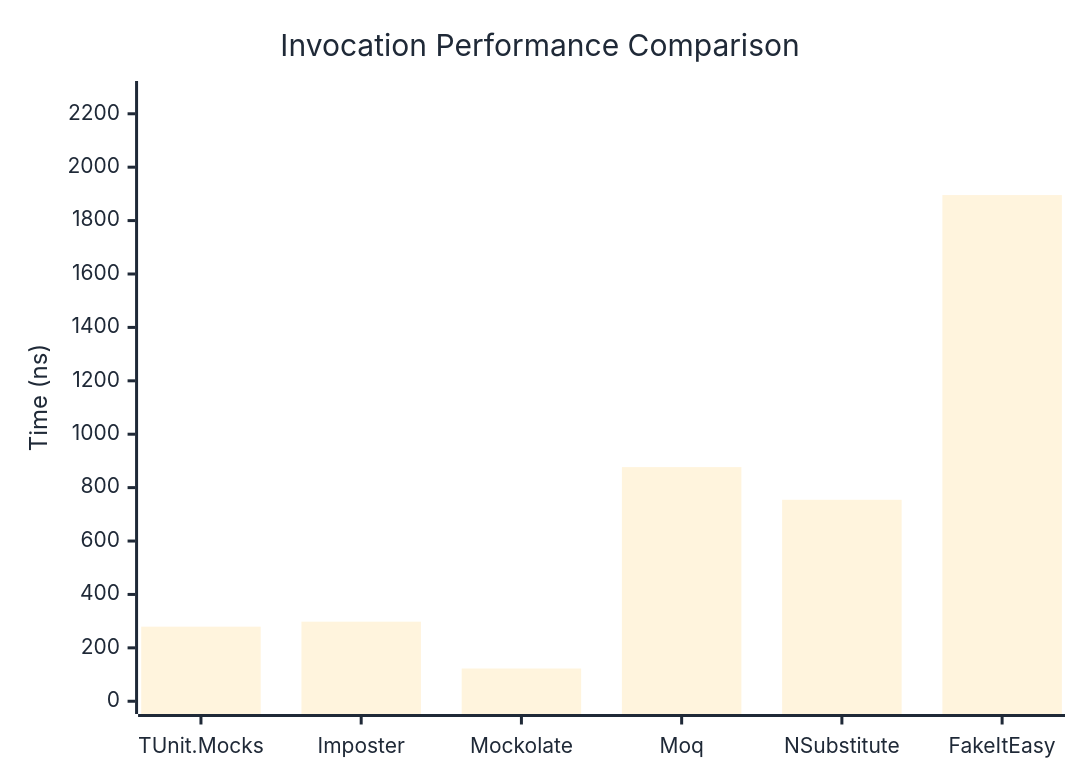
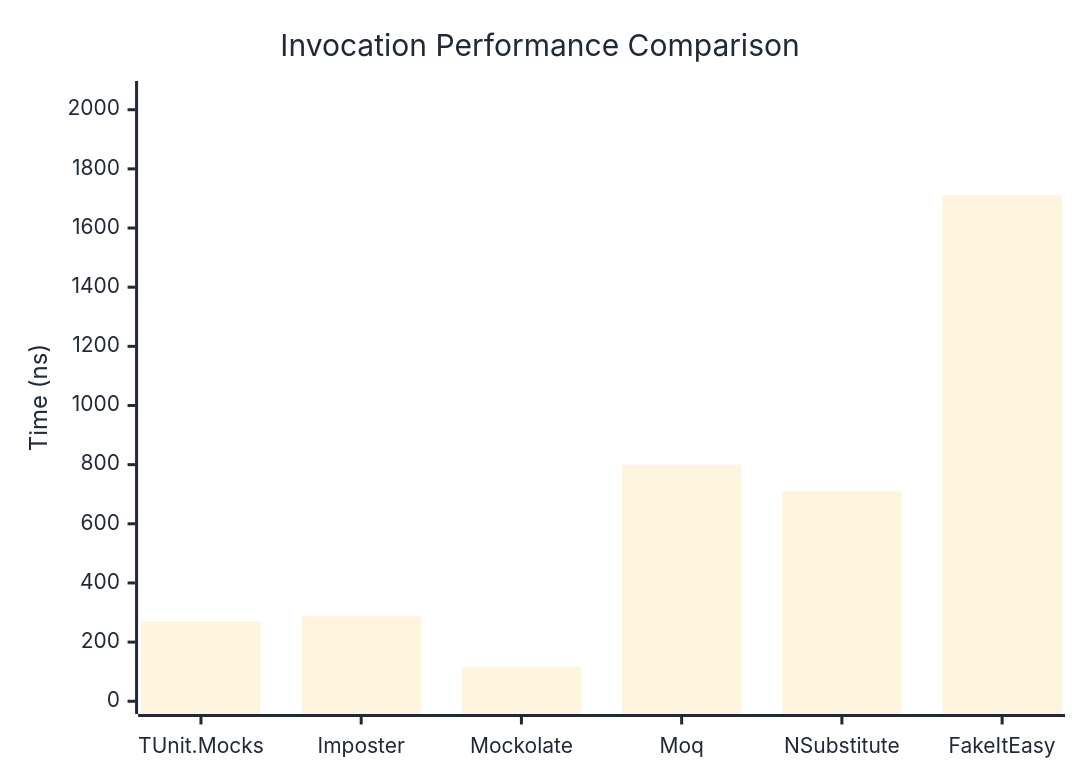
The first of 3 diagrams in docs/docs/benchmarks/mocks/Invocation.md (thomhurst/TUnit), drawn with Mermaid before and after one commit. The commit also changed other lines of this file and 14 other files, not shown here.

````diff
--- a/docs/docs/benchmarks/mocks/Invocation.md
+++ b/docs/docs/benchmarks/mocks/Invocation.md
@@ -30,27 +30,27 @@
 ```mermaid
 %%{init: {
   'theme':'base',
   'themeVariables': {
     'primaryColor': '#2563eb',
     'primaryTextColor': '#1f2937',
     'primaryBorderColor': '#1e40af',
     'lineColor': '#6b7280',
     'secondaryColor': '#7c3aed',
     'tertiaryColor': '#dc2626',
     'background': '#ffffff',
     'pie1': '#2563eb',
     'pie2': '#7c3aed',
     'pie3': '#dc2626',
     'pie4': '#f59e0b',
     'pie5': '#10b981',
     'pie6': '#06b6d4',
     'pie7': '#ec4899',
     'pie8': '#6366f1'
   }
 }}%%
 xychart-beta
   title "Invocation Performance Comparison"
   x-axis ["TUnit.Mocks", "Imposter", "Mockolate", "Moq", "NSubstitute", "FakeItEasy"]
-  y-axis "Time (ns)" 0 --> 2275
-  bar [279.3, 298, 122.6, 876.9, 754.4, 1895.6]
+  y-axis "Time (ns)" 0 --> 2054
+  bar [271.37, 288.74, 116.81, 799.81, 709.34, 1711.52]
 ```
````
